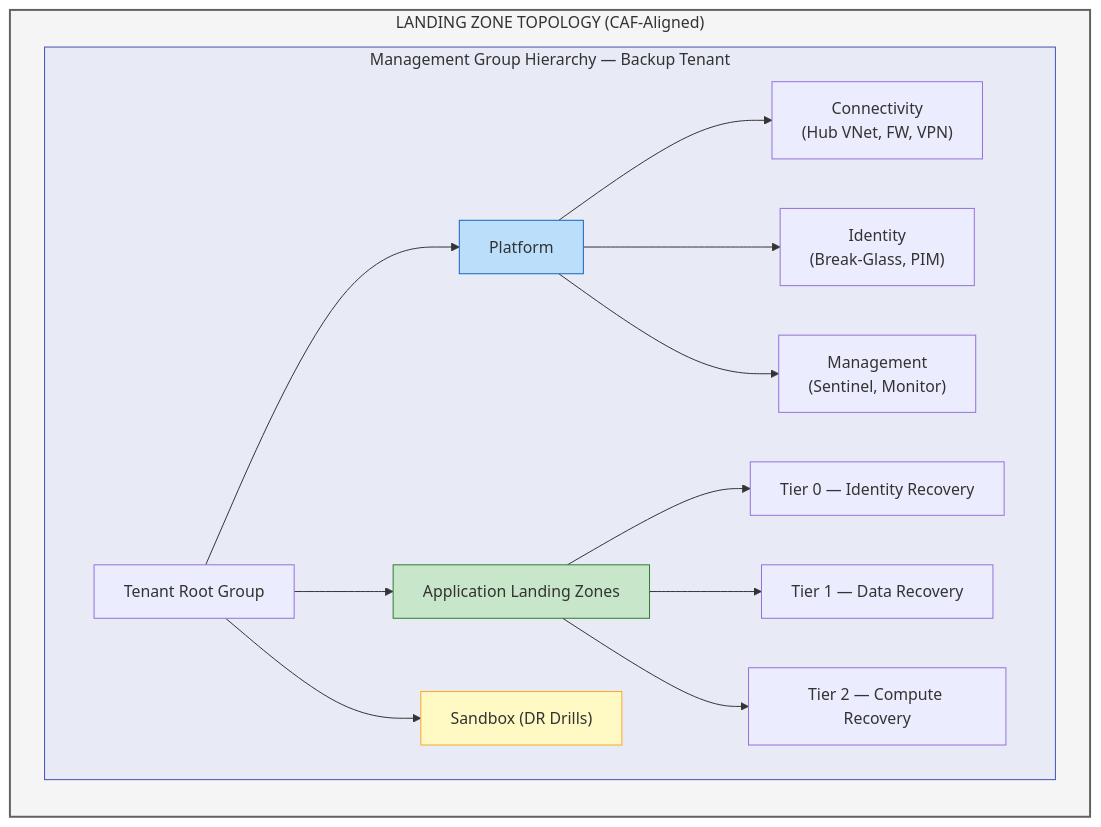
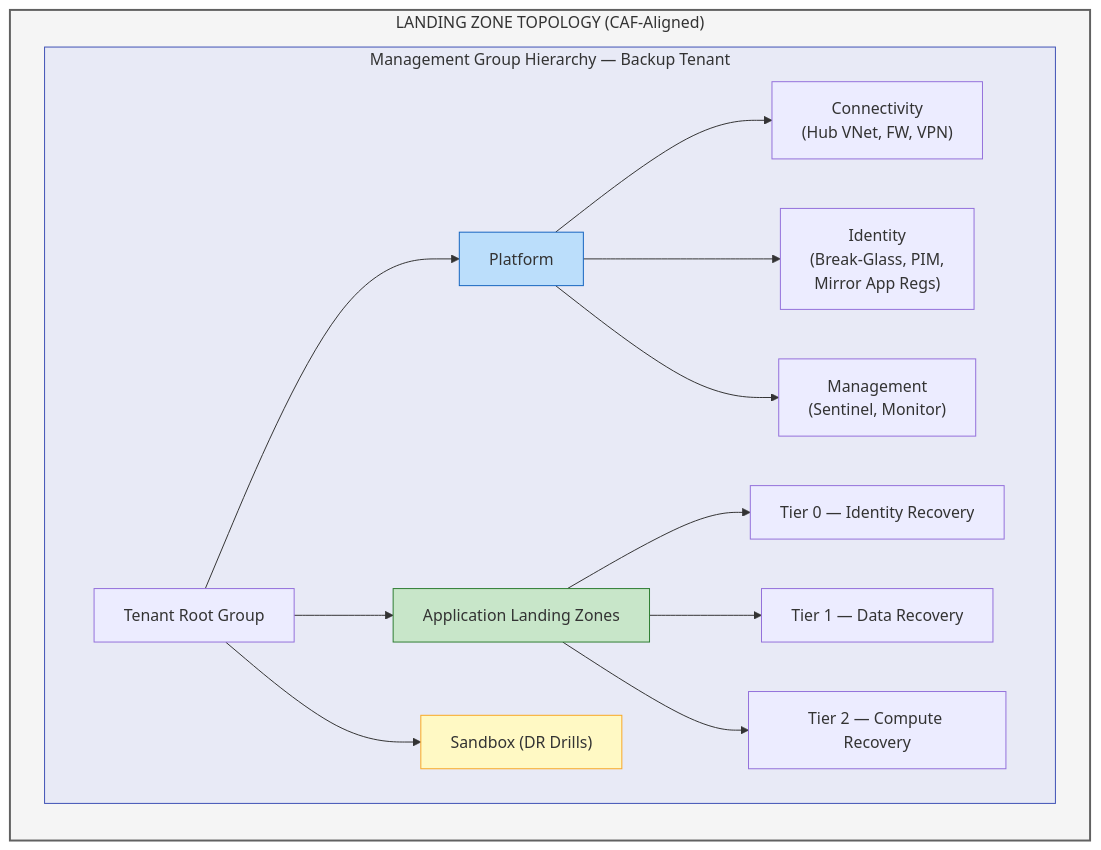
One commit to shaleen-wonder-ent/user-guides changed diagram 14 of 17 in Azure_Entra_Level_Resiliency_architecture.md. Above: the diagram before and after it, drawn with Mermaid. The commit also changed other lines of this file, not shown here.

````diff
--- a/Azure_Entra_Level_Resiliency_architecture.md
+++ b/Azure_Entra_Level_Resiliency_architecture.md
@@ -809,31 +856,31 @@
 ```mermaid
 graph TB
     subgraph LZ["LANDING ZONE TOPOLOGY (CAF-Aligned)"]
         direction TB
 
         subgraph MGMT_GROUP["Management Group Hierarchy — Backup Tenant"]
             ROOT["Tenant Root Group"]
             PLATFORM["Platform"]
             APP["Application Landing Zones"]
             SANDBOX["Sandbox (DR Drills)"]
 
             ROOT --> PLATFORM
             ROOT --> APP
             ROOT --> SANDBOX
 
             PLATFORM --> CONN["Connectivity<br/>(Hub VNet, FW, VPN)"]
-            PLATFORM --> IDENTITY["Identity<br/>(Break-Glass, PIM)"]
+            PLATFORM --> IDENTITY["Identity<br/>(Break-Glass, PIM,<br/>Mirror App Regs)"]
             PLATFORM --> MGMT["Management<br/>(Sentinel, Monitor)"]
 
             APP --> TIER0["Tier 0 — Identity Recovery"]
             APP --> TIER1["Tier 1 — Data Recovery"]
             APP --> TIER2["Tier 2 — Compute Recovery"]
         end
     end
 
     style LZ fill:#f5f5f5,stroke:#616161,stroke-width:2px
     style MGMT_GROUP fill:#e8eaf6,stroke:#3f51b5
     style PLATFORM fill:#bbdefb,stroke:#1565c0
     style APP fill:#c8e6c9,stroke:#2e7d32
     style SANDBOX fill:#fff9c4,stroke:#f9a825
 ```
````
